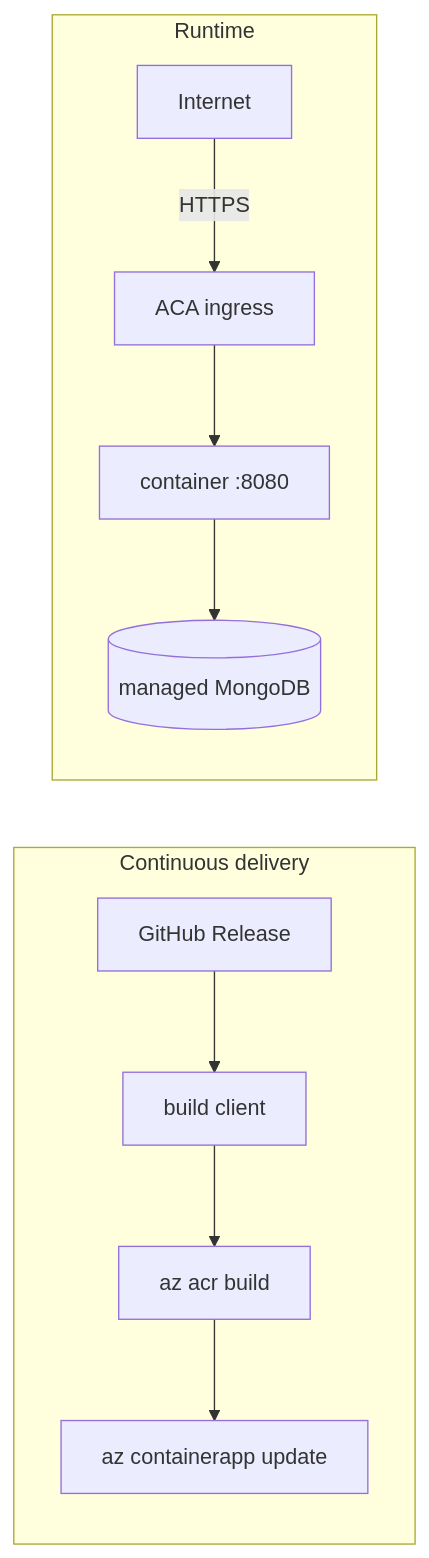
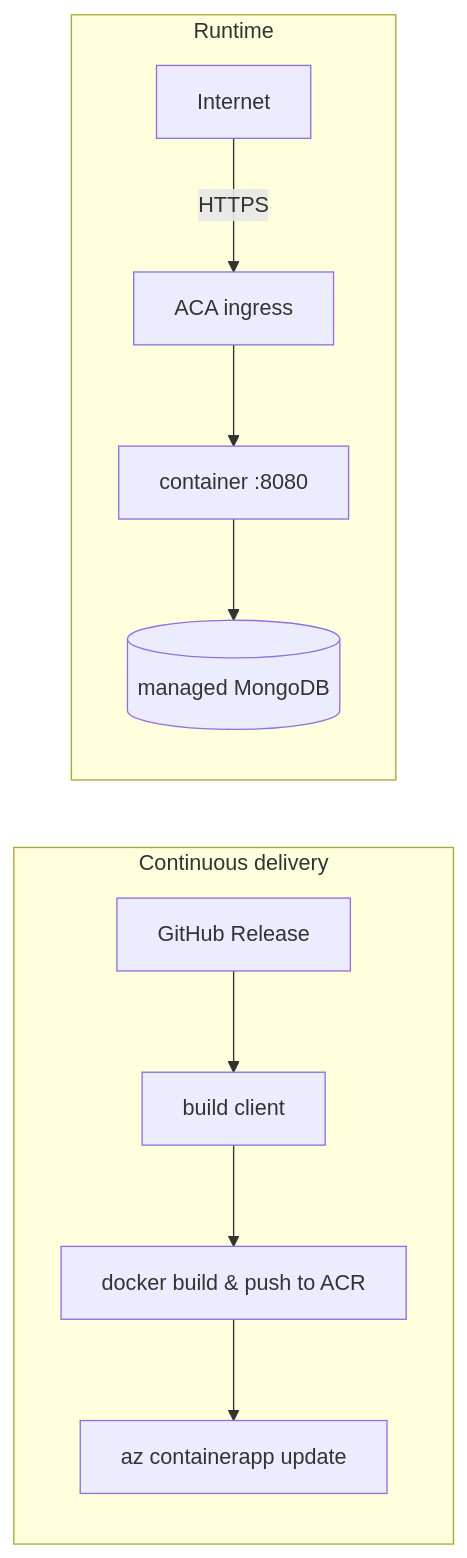
One commit to Wolfi-OwO/network-visualizer changed the diagram in deploy/README.md. Above: the diagram before and after it, drawn with Mermaid. The commit also changed 3 other files, not shown here.

Commit message:
chore: update release workflow and documentation for ACR credentials management

````diff
--- a/deploy/README.md
+++ b/deploy/README.md
@@ -8,9 +8,9 @@
 ```mermaid
 flowchart LR
     subgraph delivery["Continuous delivery"]
-        release["GitHub Release"] --> build["build client"] --> acr["az acr build"] --> update["az containerapp update"]
+        release["GitHub Release"] --> build["build client"] --> push["docker build & push to ACR"] --> update["az containerapp update"]
     end
     subgraph runtime["Runtime"]
         internet["Internet"] -- HTTPS --> ingress["ACA ingress"] --> container["container :8080"] --> mongo[("managed MongoDB")]
     end
 ```
````
